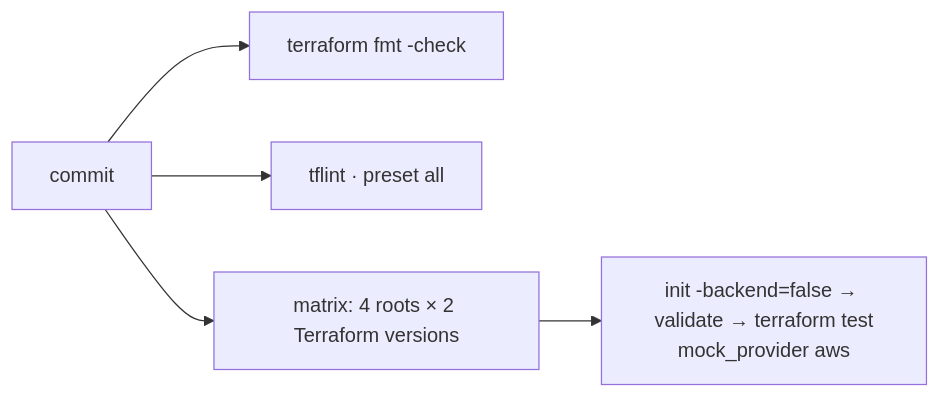
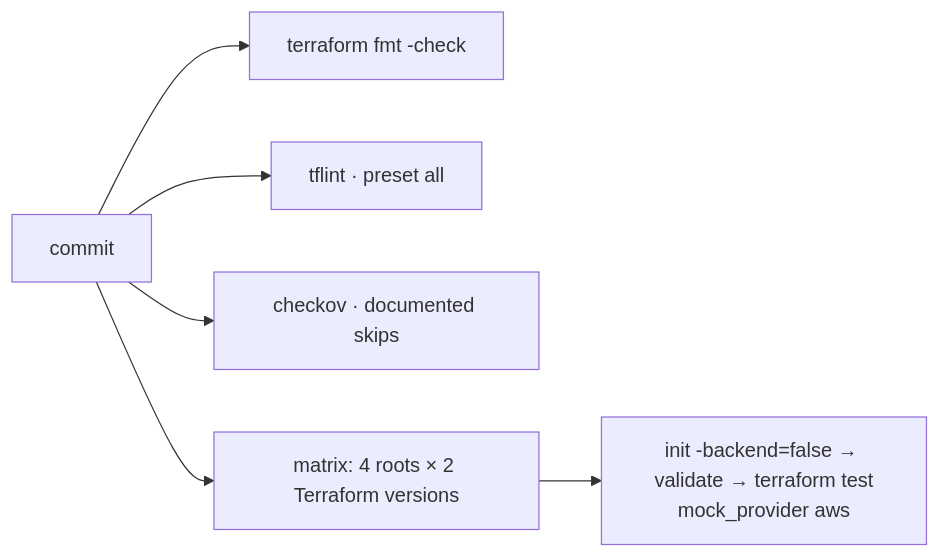
One commit to HOFFMAN-ALTERNATIVE/terraform-modules changed the second of 2 diagrams in README.md. Above: the diagram before and after it, drawn with Mermaid. The commit also changed other lines of this file and 6 other files, not shown here.

Commit message:
Add Checkov scan with documented skips, optional KMS for flow logs, SECURITY.md; rewrite README

````diff
--- a/README.md
+++ b/README.md
@@ -37,7 +35,8 @@
 ```mermaid
 flowchart LR
   c[commit] --> f[terraform fmt -check]
   c --> l[tflint · preset all]
+  c --> k[checkov · documented skips]
   c --> m[matrix: 4 roots × 2 Terraform versions]
   m --> v[init -backend=false → validate → terraform test<br/>mock_provider aws]
 ```
````
